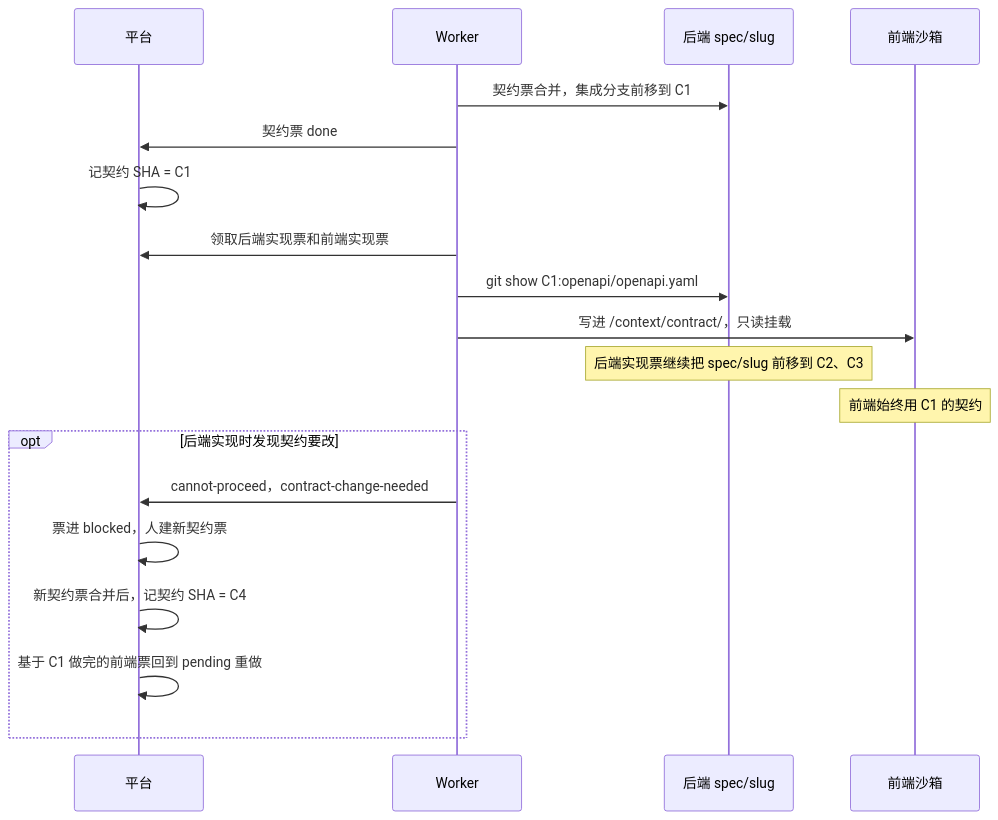
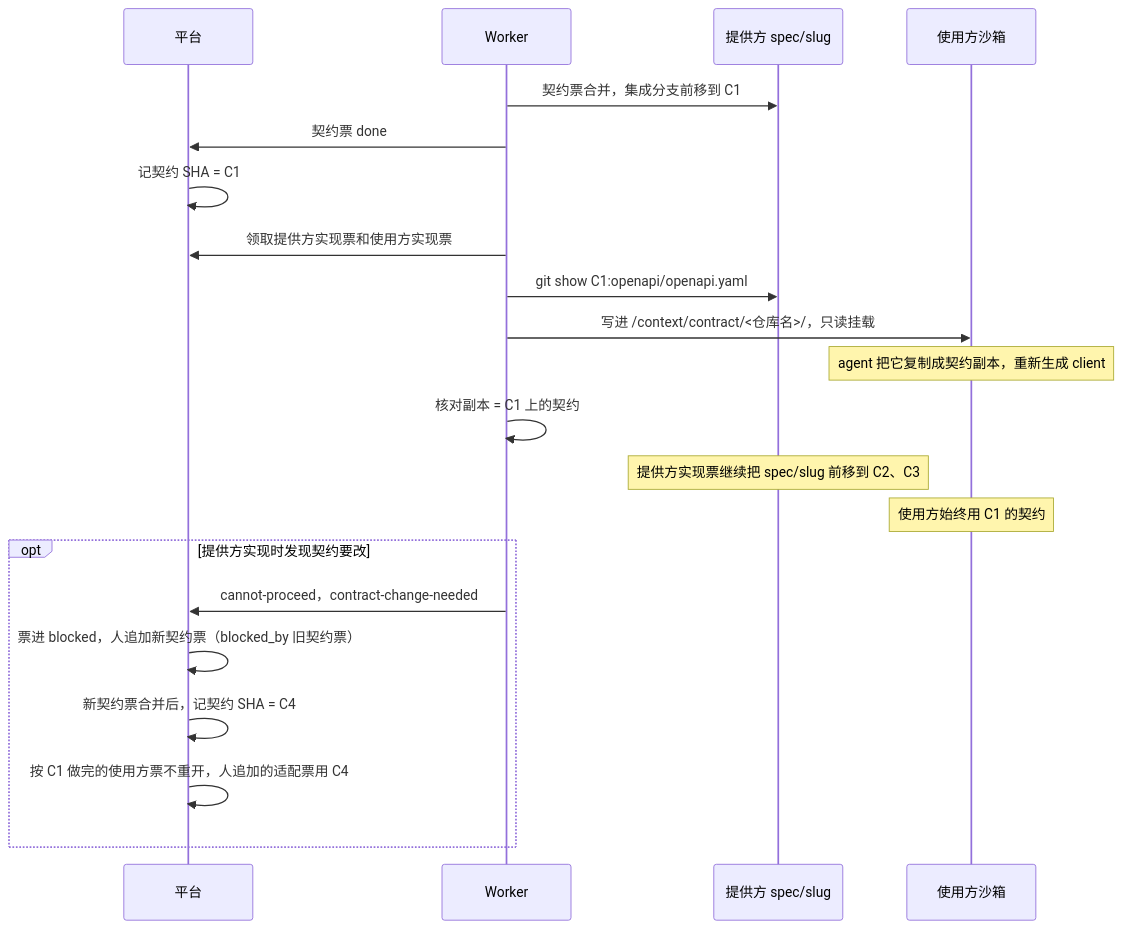
Before and after one commit to xxh171015/afk-platform: diagram 14 of 22 in docs/design.md, drawn with Mermaid. The commit also changed other lines of this file and 3 other files, not shown here.

````diff
--- a/docs/design.md
+++ b/docs/design.md
@@ -655,22 +668,24 @@
 ```mermaid
 sequenceDiagram
     participant A as 平台
     participant W as Worker
-    participant BE as 后端 spec/slug
-    participant FE as 前端沙箱
+    participant BE as 提供方 spec/slug
+    participant FE as 使用方沙箱
 
     W->>BE: 契约票合并，集成分支前移到 C1
     W->>A: 契约票 done
     A->>A: 记契约 SHA = C1
-    W->>A: 领取后端实现票和前端实现票
+    W->>A: 领取提供方实现票和使用方实现票
     W->>BE: git show C1:openapi/openapi.yaml
-    W->>FE: 写进 /context/contract/，只读挂载
-    note over BE: 后端实现票继续把 spec/slug 前移到 C2、C3
-    note over FE: 前端始终用 C1 的契约
-    opt 后端实现时发现契约要改
+    W->>FE: 写进 /context/contract/<仓库名>/，只读挂载
+    note over FE: agent 把它复制成契约副本，重新生成 client
+    W->>W: 核对副本 = C1 上的契约
+    note over BE: 提供方实现票继续把 spec/slug 前移到 C2、C3
+    note over FE: 使用方始终用 C1 的契约
+    opt 提供方实现时发现契约要改
         W->>A: cannot-proceed，contract-change-needed
-        A->>A: 票进 blocked，人建新契约票
+        A->>A: 票进 blocked，人追加新契约票（blocked_by 旧契约票）
         A->>A: 新契约票合并后，记契约 SHA = C4
-        A->>A: 基于 C1 做完的前端票回到 pending 重做
+        A->>A: 按 C1 做完的使用方票不重开，人追加的适配票用 C4
     end
 ```
````
